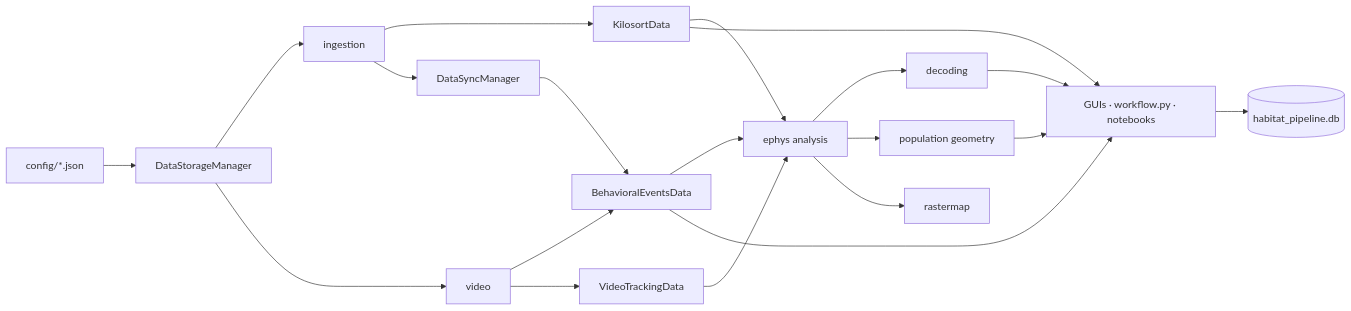
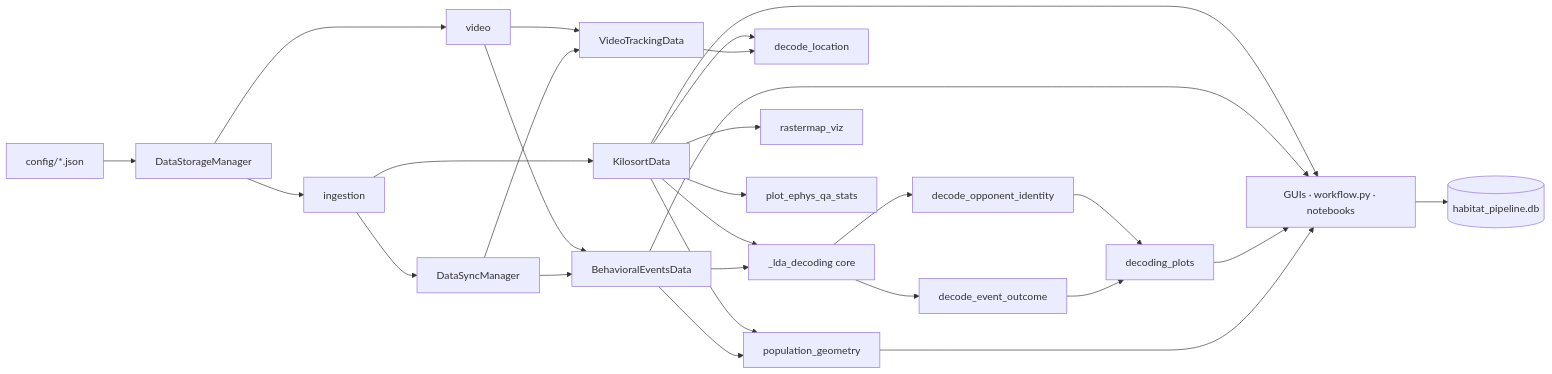
The diagram in ARCHITECTURE.md (JaneliaSciComp/habitat_pipeline), drawn with Mermaid before and after one commit. The commit also changed other lines of this file, not shown here.

Commit message:
Revise ARCHITECTURE.md for new decoders & GUIs

````diff
--- a/ARCHITECTURE.md
+++ b/ARCHITECTURE.md
@@ -7,23 +7,30 @@
 ```mermaid
 flowchart LR
     Config[config/*.json] --> DSM[DataStorageManager]
     DSM --> Ingest[ingestion]
     DSM --> Video[video]
     Ingest --> KS[KilosortData]
     Video --> BE[BehavioralEventsData]
     Video --> VT[VideoTrackingData]
     Ingest --> Sync[DataSyncManager]
     Sync --> BE
-    KS --> Ephys[ephys analysis]
-    BE --> Ephys
-    VT --> Ephys
-    Ephys --> Decode[decoding]
-    Ephys --> PopGeo[population geometry]
-    Ephys --> Raster[rastermap]
+    Sync --> VT
+    KS --> Core[_lda_decoding core]
+    BE --> Core
+    Core --> Opp[decode_opponent_identity]
+    Core --> Out[decode_event_outcome]
+    KS --> Loc[decode_location]
+    VT --> Loc
+    KS --> PopGeo[population_geometry]
+    BE --> PopGeo
+    KS --> Raster[rastermap_viz]
+    KS --> QA[plot_ephys_qa_stats]
+    Opp --> Plots[decoding_plots]
+    Out --> Plots
     KS --> Consumers
     BE --> Consumers
-    Decode --> Consumers
+    Plots --> Consumers
     PopGeo --> Consumers
     Consumers["GUIs · workflow.py · notebooks"]
     Consumers --> DB[(habitat_pipeline.db)]
 ```
````
